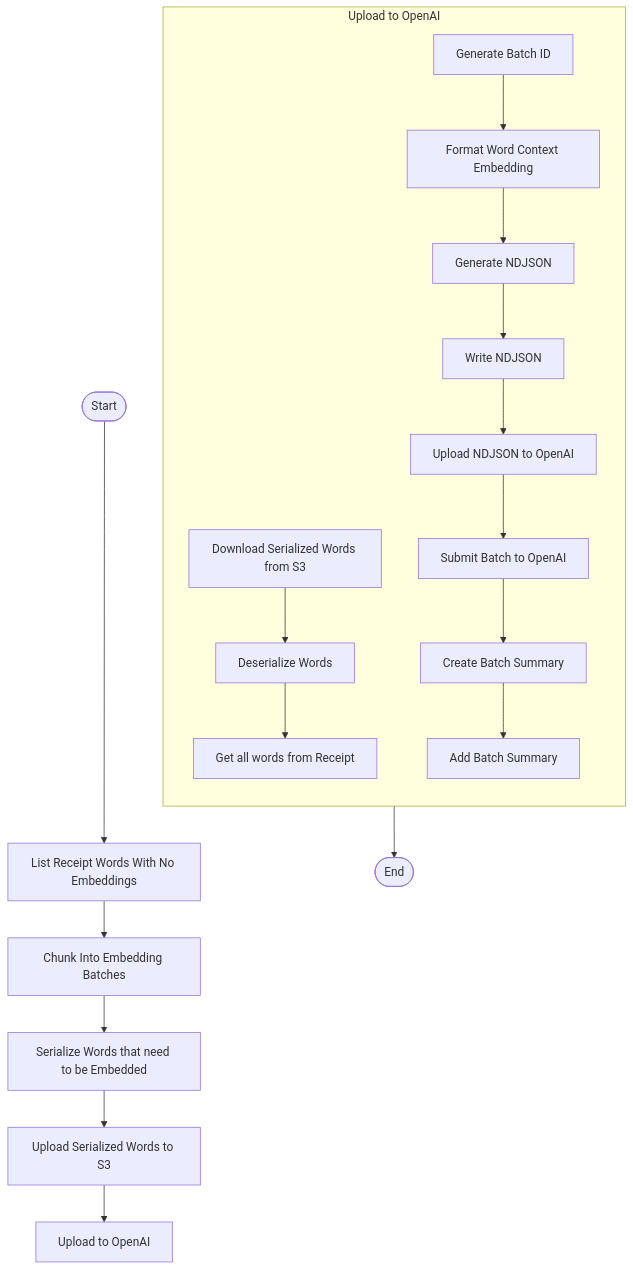
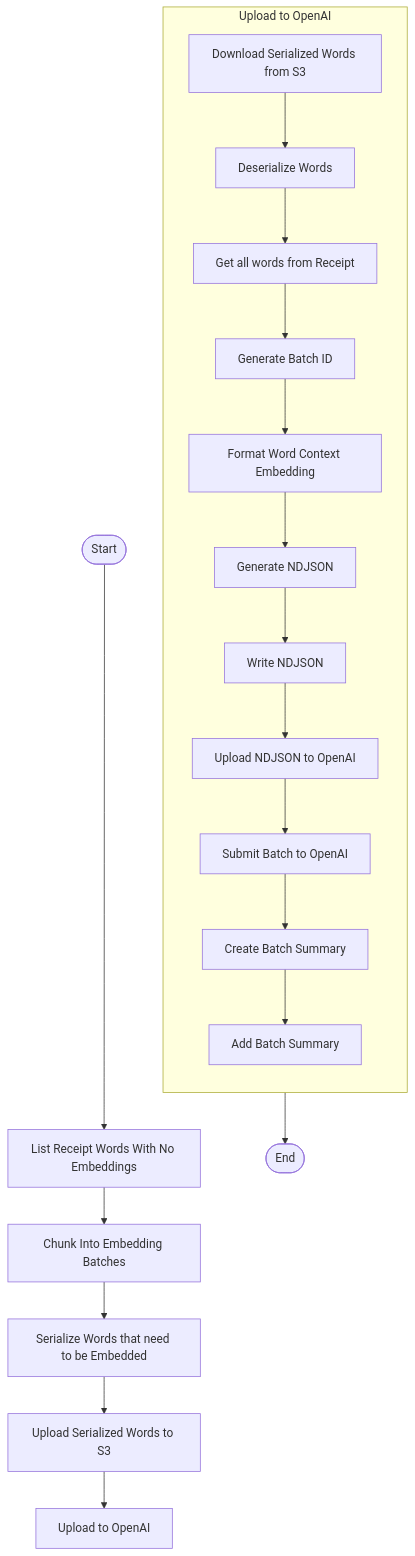
The diagram in receipt_label/receipt_label/submit_embedding_batch/README.md (tnorlund/Portfolio), drawn with Mermaid before and after one commit.

````diff
--- a/receipt_label/receipt_label/submit_embedding_batch/README.md
+++ b/receipt_label/receipt_label/submit_embedding_batch/README.md
@@ -95,24 +95,25 @@
 ```mermaid
 flowchart TD
     start([Start]) --> list_receipt_words_with_no_embeddings["List Receipt Words With No Embeddings"]
     list_receipt_words_with_no_embeddings --> chunk_into_embedding_batches["Chunk Into Embedding Batches"]
     chunk_into_embedding_batches --> serialize_receipt_words["Serialize Words that need to be Embedded"]
     serialize_receipt_words --> upload_serialized_words["Upload Serialized Words to S3"]
     upload_serialized_words --> upload_to_openai["Upload to OpenAI"]
 
     subgraph map_chunks["Upload to OpenAI"]
         direction TB
         download_serialized_words["Download Serialized Words from S3"] --> deserialize_words["Deserialize Words"]
         deserialize_words --> query_receipt_words["Get all words from Receipt"]
-        generate_batch_id["Generate Batch ID"] --> format_word_context_embedding["Format Word Context Embedding"]
+        query_receipt_words --> generate_batch_id["Generate Batch ID"]
+        generate_batch_id --> format_word_context_embedding["Format Word Context Embedding"]
         format_word_context_embedding --> generate_ndjson["Generate NDJSON"]
         generate_ndjson --> write_ndjson["Write NDJSON"]
         write_ndjson --> upload_ndjson_to_openai["Upload NDJSON to OpenAI"]
         upload_ndjson_to_openai --> submit_batch_to_openai["Submit Batch to OpenAI"]
         submit_batch_to_openai --> create_batch_summary["Create Batch Summary"]
         create_batch_summary --> add_batch_summary["Add Batch Summary"]
     end
 
     map_chunks --> END([End])
 
 ```
````
